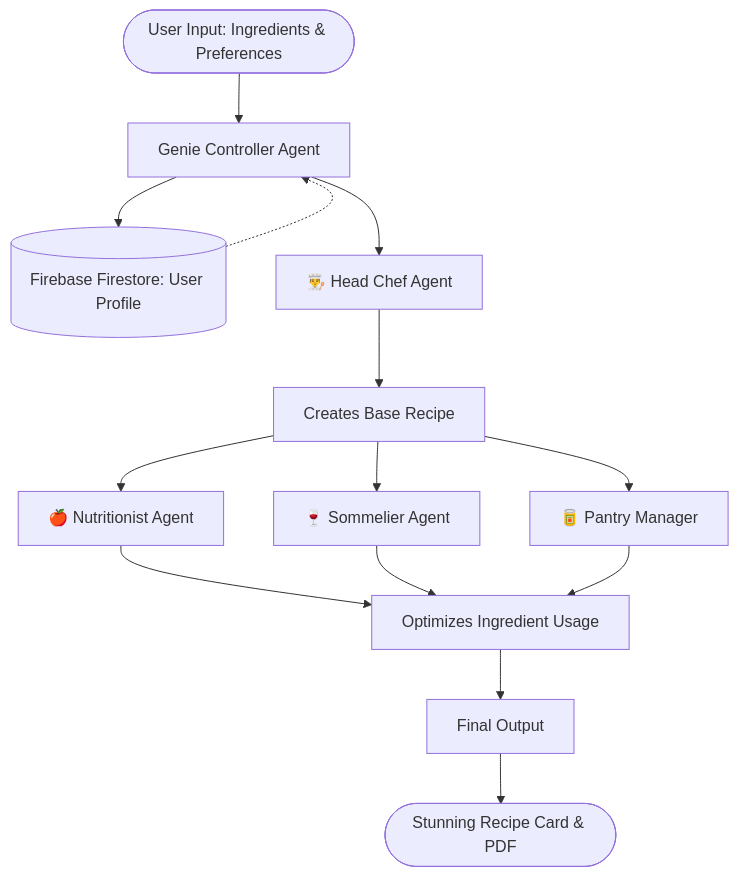
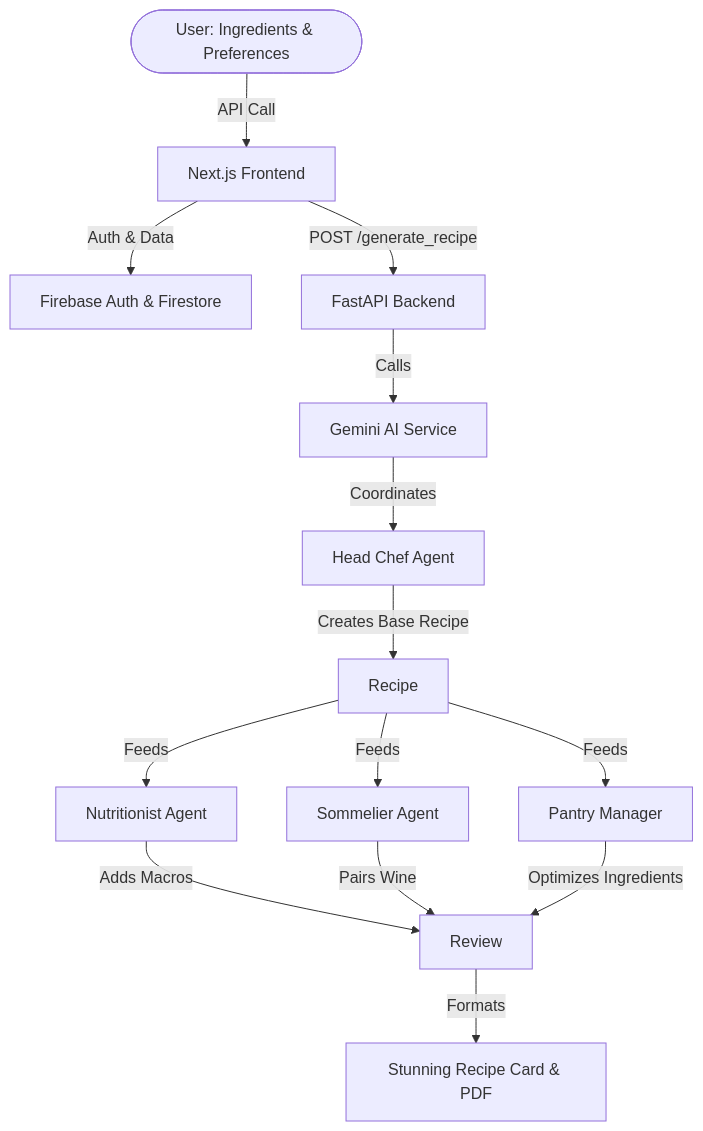
Before and after one commit to ktkubracom/MealGenie-AI-Agent: the diagram in README.md, drawn with Mermaid. The commit also changed other lines of this file and 45 other files, not shown here.

````diff
--- a/README.md
+++ b/README.md
@@ -21,20 +21,16 @@
 ```mermaid
 graph TD
-    User(["User Input: Ingredients & Preferences"]) --> Genie["Genie Controller Agent"]
-    Genie --> DB[("Firebase Firestore: User Profile")]
-    DB -.-> Genie
-    
-    Genie --> Chef["👨‍🍳 Head Chef Agent"]
-    Chef --> Recipe["Creates Base Recipe"]
-    
-    Recipe --> Nutri["🍎 Nutritionist Agent"]
-    Recipe --> Sommelier["🍷 Sommelier Agent"]
-    Recipe --> Pantry["🥫 Pantry Manager"]
-    
-    Nutri --> Review["Reviews & Adds Macros"]
-    Sommelier --> Review["Pairs Wine/Beverage"]
-    Pantry --> Review["Optimizes Ingredient Usage"]
-    
-    Review --> Format["Final Output"]
-    Format --> Final(["Stunning Recipe Card & PDF"])
+    User(["User: Ingredients & Preferences"]) -->|API Call| FrontEnd["Next.js Frontend"]
+    FrontEnd -->|Auth & Data| Firebase["Firebase Auth & Firestore"]
+    FrontEnd -->|POST /generate_recipe| Backend["FastAPI Backend"]
+    Backend -->|Calls| Gemini["Gemini AI Service"]
+    Gemini -->|Coordinates| Chef["Head Chef Agent"]
+    Chef -->|Creates Base Recipe| Recipe
+    Recipe -->|Feeds| Nutritionist["Nutritionist Agent"]
+    Recipe -->|Feeds| Sommelier["Sommelier Agent"]
+    Recipe -->|Feeds| Pantry["Pantry Manager"]
+    Nutritionist -->|Adds Macros| Review["Review"]
+    Sommelier -->|Pairs Wine| Review
+    Pantry -->|Optimizes Ingredients| Review
+    Review -->|Formats| Final["Stunning Recipe Card & PDF"]
 ```
````
